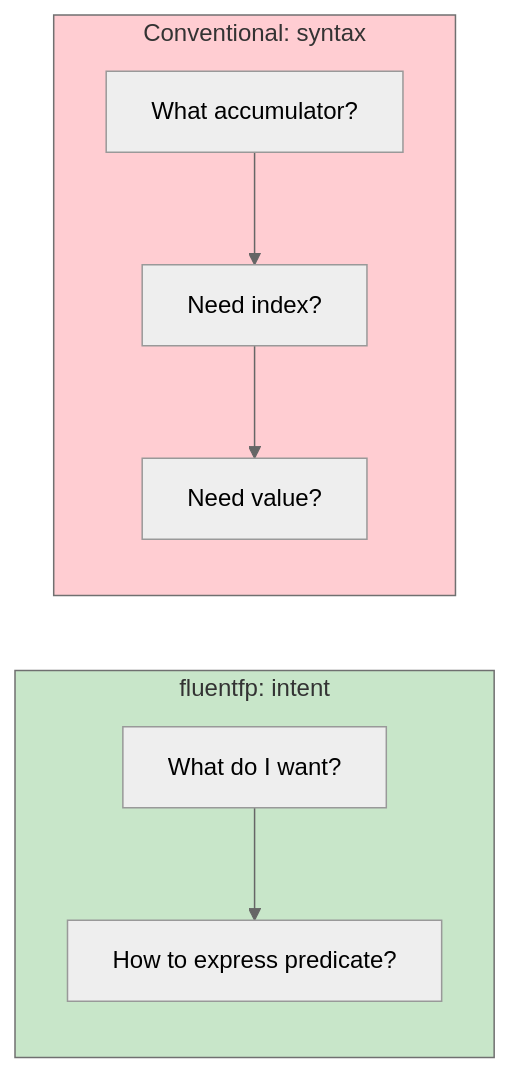
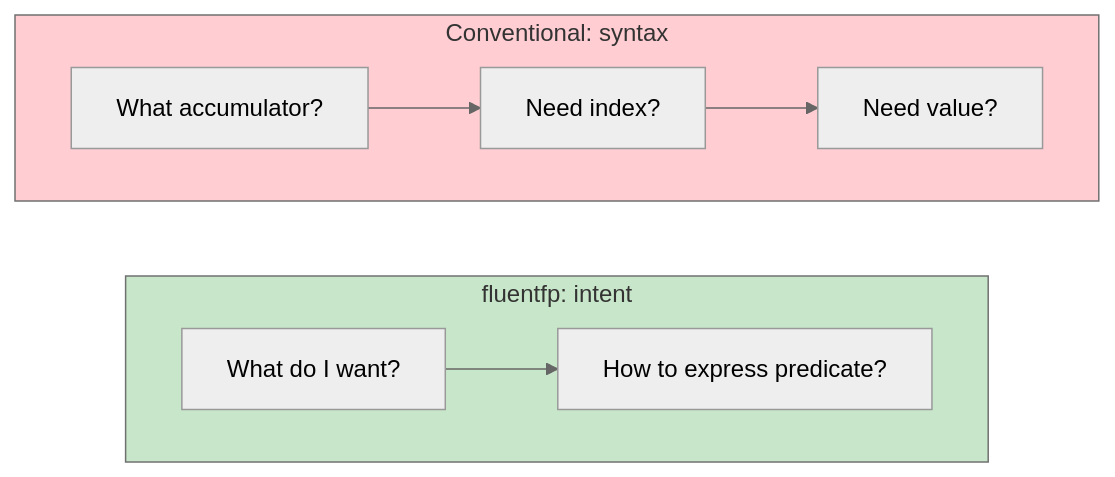
Before and after one commit to binaryphile/fluentfp: the third of 4 diagrams in analysis.md, drawn with Mermaid (neutral theme).

Commit message:
Add direction LR to Mental Load Comparison subgraphs
🤖 Generated with [Claude Code](https://claude.com/claude-code)

````diff
--- a/analysis.md
+++ b/analysis.md
@@ -71,14 +71,16 @@
 ```mermaid
 flowchart LR
     subgraph fluentfp["fluentfp: intent"]
+        direction LR
         F1["What do I want?"] --> F2["How to express predicate?"]
     end
 
     subgraph Conventional["Conventional: syntax"]
+        direction LR
         C1["What accumulator?"] --> C2["Need index?"]
         C2 --> C3["Need value?"]
     end
 
     style fluentfp fill:#c8e6c9
     style Conventional fill:#ffcdd2
 ```
````
